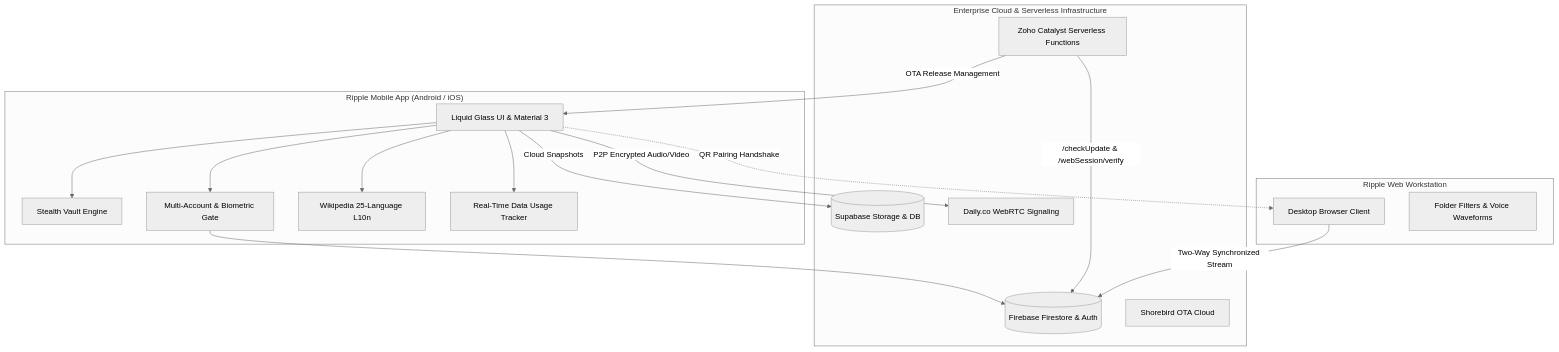
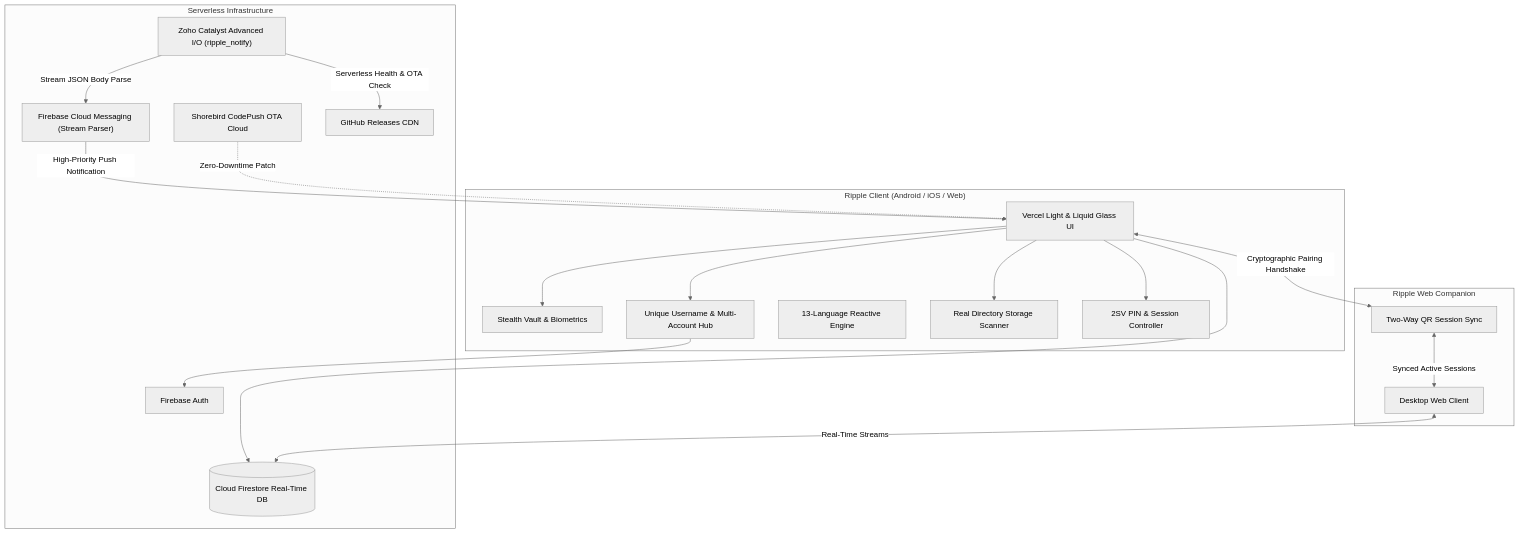
One commit to Masthan008/Ripple changed the diagram in README.md. Above: the diagram before and after it, drawn with Mermaid (neutral theme). The commit also changed other lines of this file and 25 other files, not shown here.

Commit message:
feat: vercel light theme, focused 13-language l10n, real-time security, diagnostics, username collision check, catalyst fcm stream parser, and production release v1.0.2+44

````diff
--- a/README.md
+++ b/README.md
@@ -78,37 +82,42 @@
 ```mermaid
 graph TD
-    subgraph Mobile_Client["Ripple Mobile App (Android / iOS)"]
-        UI[Liquid Glass UI & Material 3]
-        VAULT[Stealth Vault Engine]
-        AUTH[Multi-Account & Biometric Gate]
-        L10N[Wikipedia 25-Language L10n]
-        DATA[Real-Time Data Usage Tracker]
+    subgraph Mobile_Client["Ripple Client (Android / iOS / Web)"]
+        UI["Vercel Light & Liquid Glass UI"]
+        VAULT["Stealth Vault & Biometrics"]
+        AUTH["Unique Username & Multi-Account Hub"]
+        L10N["13-Language Reactive Engine"]
+        STORAGE["Real Directory Storage Scanner"]
+        SECURITY["2SV PIN & Session Controller"]
     end
 
-    subgraph Backend_Cloud["Enterprise Cloud & Serverless Infrastructure"]
-        FB[(Firebase Firestore & Auth)]
-        CATALYST[Zoho Catalyst Serverless Functions]
-        SUPABASE[(Supabase Storage & DB)]
-        DAILY[Daily.co WebRTC Signaling]
-        SHOREBIRD[Shorebird OTA Cloud]
+    subgraph Serverless_Cloud["Serverless Infrastructure"]
+        FB_AUTH["Firebase Auth"]
+        FIRESTORE[("Cloud Firestore Real-Time DB")]
+        CATALYST["Zoho Catalyst Advanced I/O (ripple_notify)"]
+        FCM["Firebase Cloud Messaging (Stream Parser)"]
+        SHOREBIRD["Shorebird CodePush OTA Cloud"]
+        GITHUB["GitHub Releases CDN"]
     end
 
-    subgraph Web_Companion["Ripple Web Workstation"]
-        BROWSER[Desktop Browser Client]
-        FOLDERS[Folder Filters & Voice Waveforms]
+    subgraph Web_Workstation["Ripple Web Companion"]
+        BROWSER["Desktop Web Client"]
+        QR_SYNC["Two-Way QR Session Sync"]
     end
 
     UI --> AUTH
-    AUTH --> FB
+    AUTH --> FB_AUTH
+    UI --> FIRESTORE
     UI --> VAULT
-    UI --> L10N
-    UI --> DATA
+    UI --> STORAGE
+    UI --> SECURITY
     
-    CATALYST -->|/checkUpdate & /webSession/verify| FB
-    CATALYST -->|OTA Release Management| UI
+    CATALYST -->|Serverless Health & OTA Check| GITHUB
+    CATALYST -->|Stream JSON Body Parse| FCM
+    FCM -->|High-Priority Push Notification| UI
     
-    UI -.->|QR Pairing Handshake| BROWSER
-    BROWSER -->|Two-Way Synchronized Stream| FB
-    UI -->|P2P Encrypted Audio/Video| DAILY
-    UI -->|Cloud Snapshots| SUPABASE
+    UI <-->|Cryptographic Pairing Handshake| QR_SYNC
+    QR_SYNC <-->|Synced Active Sessions| BROWSER
+    BROWSER <-->|Real-Time Streams| FIRESTORE
+    
+    SHOREBIRD -.->|Zero-Downtime Patch| UI
 ```
````
